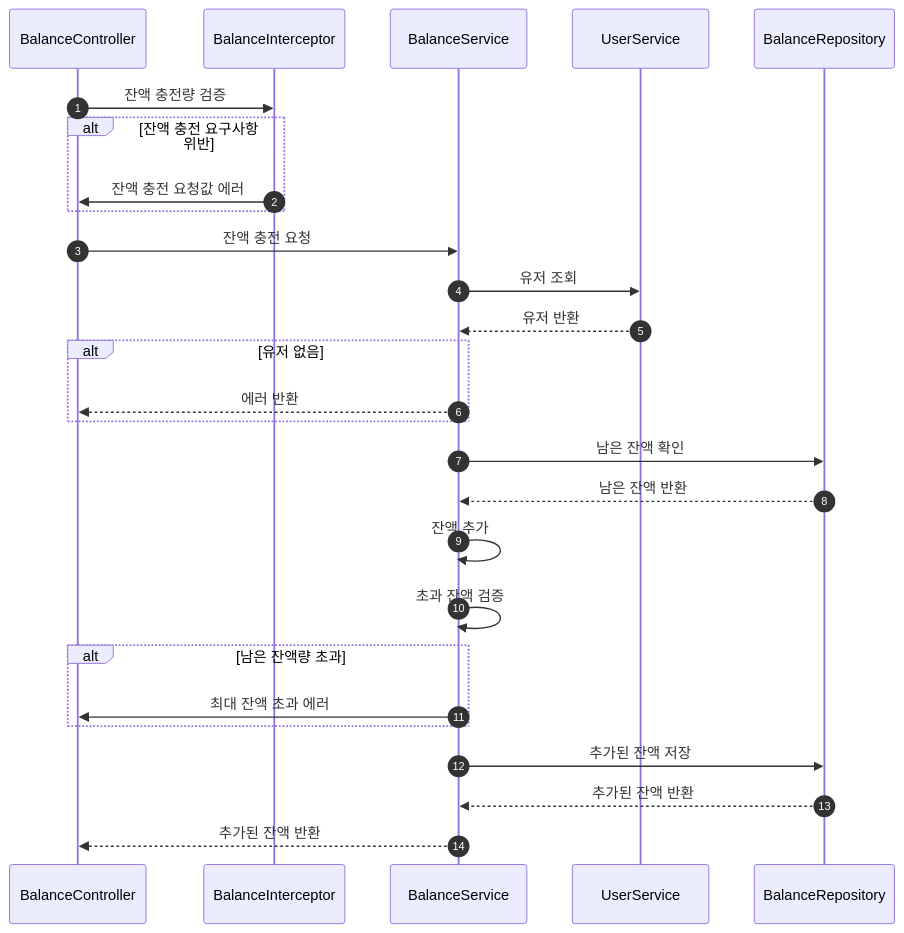
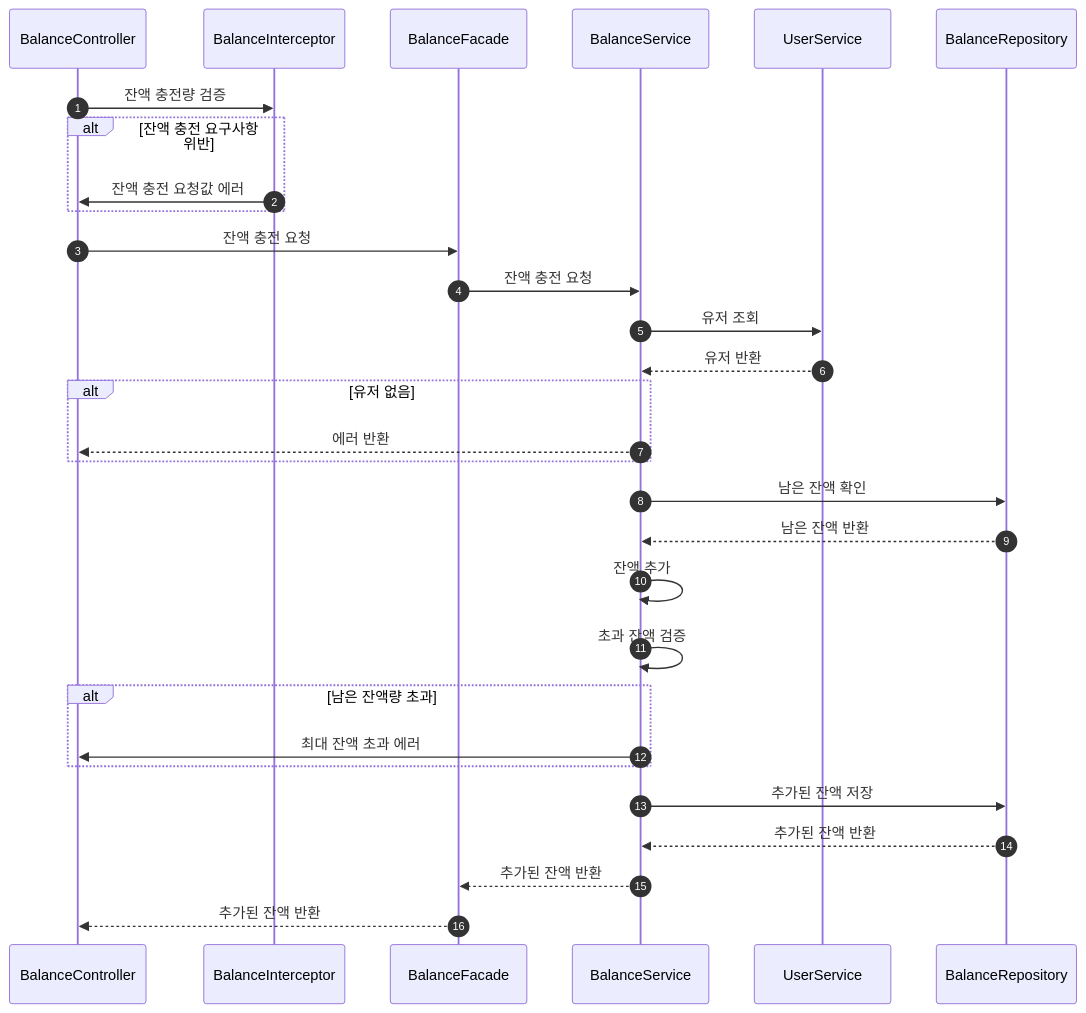
Before and after one commit to tre2man/hhplus-commerce: the second of 7 diagrams in docs/sequence/시퀀스_다이어그램.md, drawn with Mermaid. The commit also changed other lines of this file, not shown here.

Commit message:
document: 유저 조회하는 플로우 삭제

````diff
--- a/docs/sequence/시퀀스_다이어그램.md
+++ b/docs/sequence/시퀀스_다이어그램.md
@@ -24,30 +21,33 @@
 ```mermaid
 sequenceDiagram
     autonumber
     participant BalanceController
     participant BalanceInterceptor
+    participant BalanceFacade
     participant BalanceService
     participant UserService
     participant BalanceRepository
 
     BalanceController->>BalanceInterceptor: 잔액 충전량 검증
     alt 잔액 충전 요구사항 위반
         BalanceInterceptor->>BalanceController: 잔액 충전 요청값 에러
     end
-    BalanceController->>BalanceService: 잔액 충전 요청
+    BalanceController->>BalanceFacade: 잔액 충전 요청
+    BalanceFacade->>BalanceService: 잔액 충전 요청
     BalanceService->>UserService: 유저 조회
     UserService-->>BalanceService: 유저 반환
     alt 유저 없음
         BalanceService-->>BalanceController: 에러 반환
     end
     BalanceService->>BalanceRepository: 남은 잔액 확인
     BalanceRepository-->>BalanceService: 남은 잔액 반환
     BalanceService->>BalanceService: 잔액 추가
     BalanceService->>BalanceService: 초과 잔액 검증
     alt 남은 잔액량 초과
         BalanceService->>BalanceController: 최대 잔액 초과 에러
     end
     BalanceService->>BalanceRepository: 추가된 잔액 저장
     BalanceRepository-->>BalanceService: 추가된 잔액 반환
-    BalanceService-->>BalanceController: 추가된 잔액 반환
+    BalanceService-->>BalanceFacade: 추가된 잔액 반환
+    BalanceFacade-->>BalanceController: 추가된 잔액 반환
 ```
````
